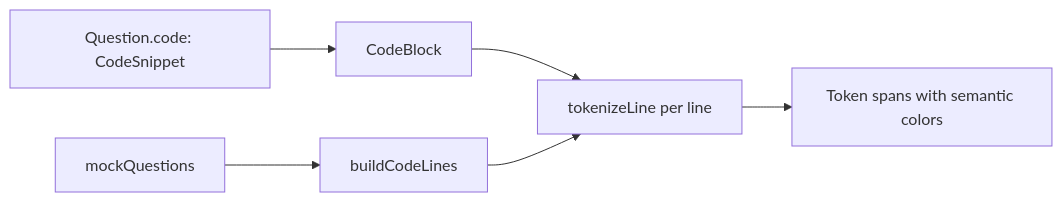
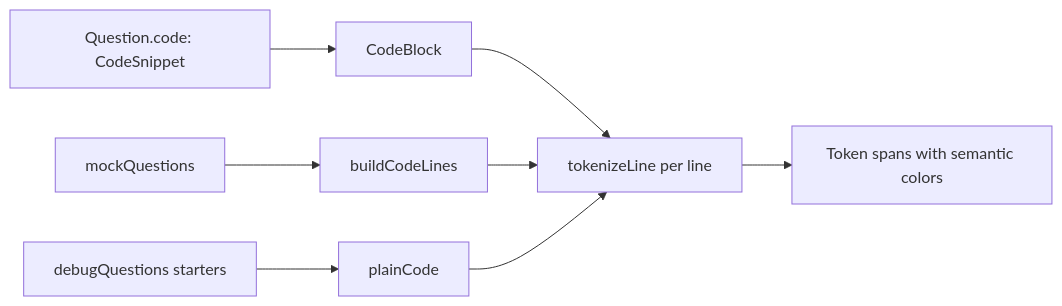
One commit to AjayCSE29/Amscodeathon-crackthecode changed the fourth of 4 diagrams in ARCHITECTURE.md. Above: the diagram before and after it, drawn with Mermaid. The commit also changed other lines of this file and 2 other files, not shown here.

First line of the commit message:
Rewrite docs for the two-round flow

````diff
--- a/ARCHITECTURE.md
+++ b/ARCHITECTURE.md
@@ -236,8 +435,10 @@
 ```mermaid
 flowchart LR
   Q[Question.code: CodeSnippet] --> CB[CodeBlock]
   CB --> T[tokenizeLine per line]
+  D[debugQuestions starters] --> P[plainCode]
   MC[mockQuestions] --> B[buildCodeLines]
   B --> T
+  P --> T
   T --> R[Token spans with semantic colors]
 ```
````
